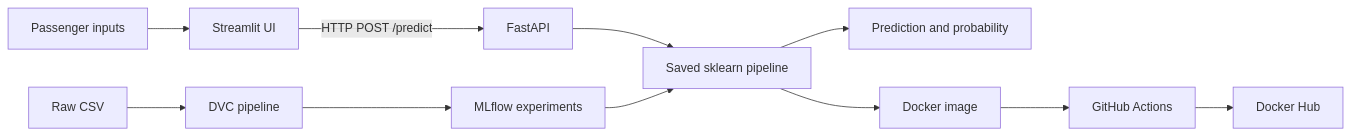
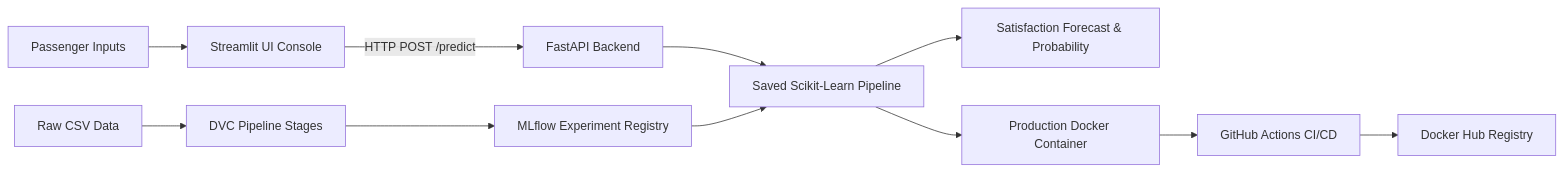
Before and after one commit to itsparsh10/AirlineSense: the diagram in README.md, drawn with Mermaid. The commit also changed other lines of this file and 52 other files, not shown here.

````diff
--- a/README.md
+++ b/README.md
@@ -23,13 +44,13 @@
 ```mermaid
 flowchart LR
-    A[Passenger inputs] --> B[Streamlit UI]
-    B -->|HTTP POST /predict| C[FastAPI]
-    C --> D[Saved sklearn pipeline]
-    D --> E[Prediction and probability]
-    F[Raw CSV] --> G[DVC pipeline]
-    G --> H[MLflow experiments]
+    A[Passenger Inputs] --> B[Streamlit UI Console]
+    B -->|HTTP POST /predict| C[FastAPI Backend]
+    C --> D[Saved Scikit-Learn Pipeline]
+    D --> E[Satisfaction Forecast & Probability]
+    F[Raw CSV Data] --> G[DVC Pipeline Stages]
+    G --> H[MLflow Experiment Registry]
     H --> D
-    D --> I[Docker image]
-    I --> J[GitHub Actions]
-    J --> K[Docker Hub]
+    D --> I[Production Docker Container]
+    I --> J[GitHub Actions CI/CD]
+    J --> K[Docker Hub Registry]
 ```
````
